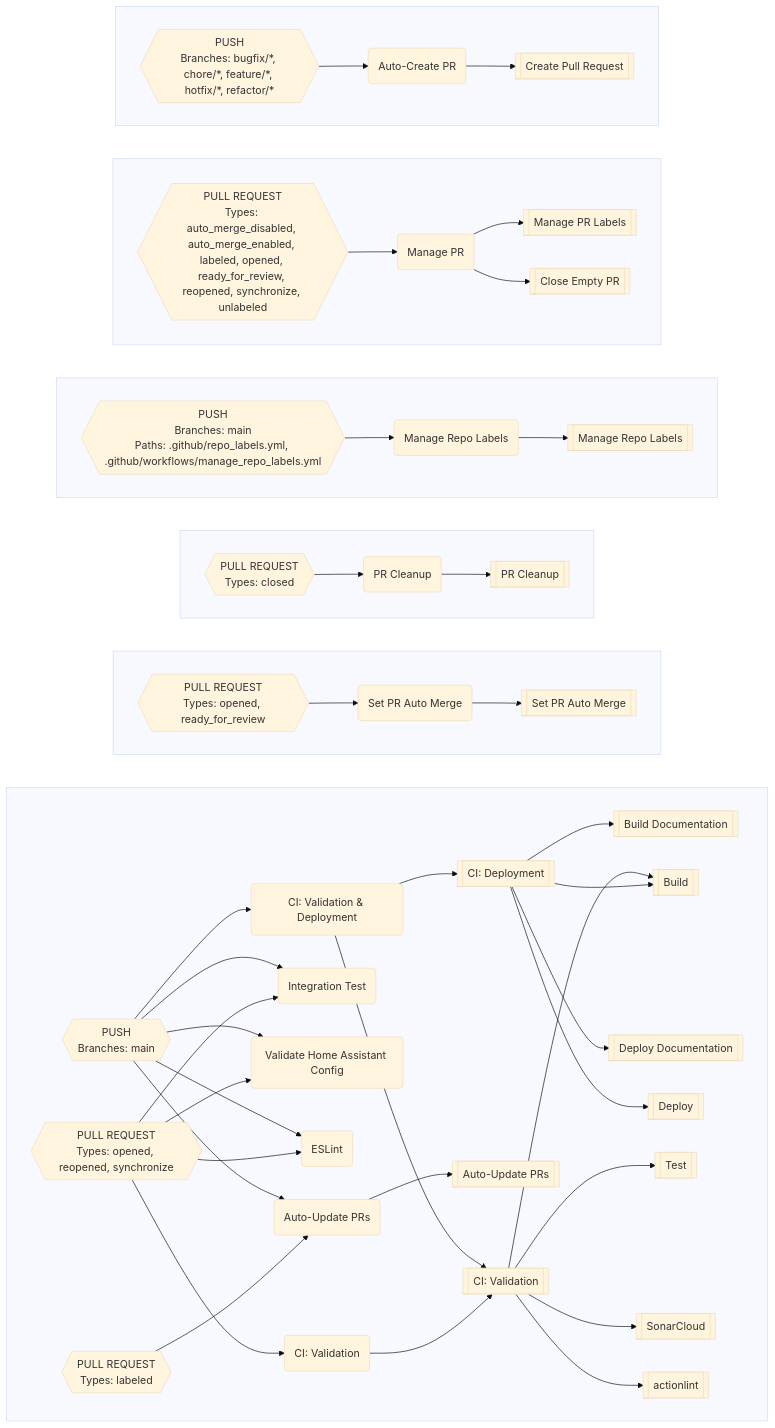
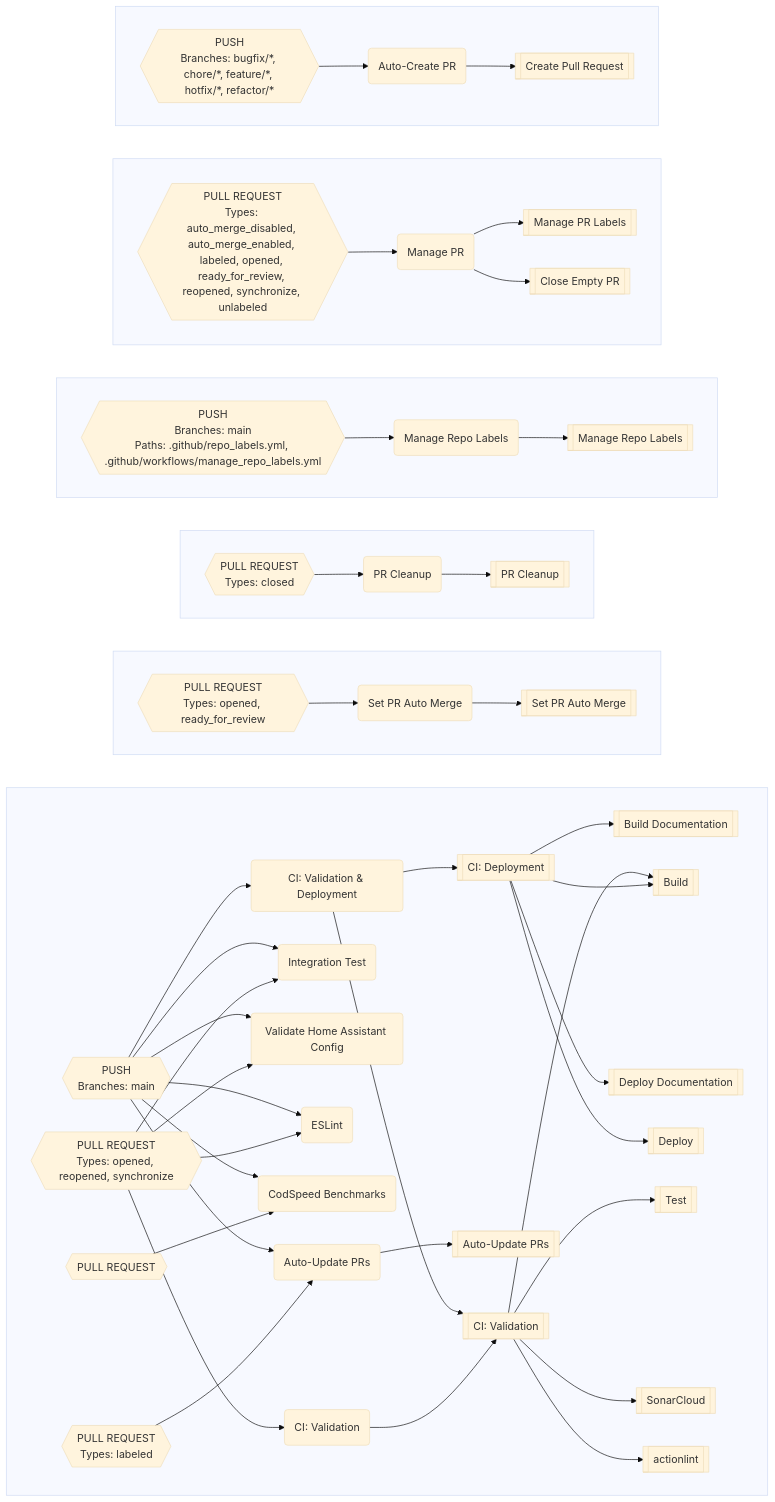
Before and after one commit to worgarside/github-config-files: the diagram in README.md, drawn with Mermaid (base theme). The commit also changed other lines of this file and 2 other files, not shown here.

Commit message:
Add job name

````diff
--- a/README.md
+++ b/README.md
@@ -361,21 +363,23 @@
 ```mermaid
 flowchart LR
-subgraph DL[" "]
+subgraph DQ[" "]
 direction LR
-DH-->V
-DJ-->DH
+DM-->V
+DO-->DM
+DO-->DD
+DO-->CS
+DO-->CO
+DA-->CY
+CE-->CD
+CD-->BB
+DJ-->DI
+DJ-->DD
 DJ-->CY
 DJ-->CS
 DJ-->CO
-CE-->CD
-CD-->BB
-DE-->DD
-DE-->CY
-DE-->CS
-DE-->CO
-DE-->CD
-DD-->V
-DD-->M
+DJ-->CD
+DI-->V
+DI-->M
 M-->I
 M-->E
 M-->AQ
@@ -385,28 +389,28 @@
 V-->BL
 V-->A
 end
-subgraph DM[" "]
+subgraph DR[" "]
 direction LR
 CL-->CK
 CK-->BI
 end
-subgraph DN[" "]
+subgraph DS[" "]
 direction LR
 CI-->CH
 CH-->BE
 end
-subgraph DO[" "]
+subgraph DT[" "]
 direction LR
 CA-->BZ
 BZ-->AY
 end
-subgraph DP[" "]
+subgraph DU[" "]
 direction LR
 BV-->BU
 BU-->AU
 BU-->AC
 end
-subgraph DQ[" "]
+subgraph DV[" "]
 direction LR
 BS-->BR
 BR-->AG
@@ -450,13 +454,15 @@
 "}}
 CO("ESLint")
 CS("Validate Home Assistant Config")
-CY("Integration Test")
-DD("CI: Validation & Deployment")
-DE{{"PUSH
+CY("CodSpeed Benchmarks")
+DA{{"PULL REQUEST"}}
+DD("Integration Test")
+DI("CI: Validation & Deployment")
+DJ{{"PUSH
 Branches: main
 "}}
-DH("CI: Validation")
-DJ{{"PULL REQUEST
+DM("CI: Validation")
+DO{{"PULL REQUEST
 Types: opened, reopened, synchronize
 "}}
 E[["Build"]]
````
